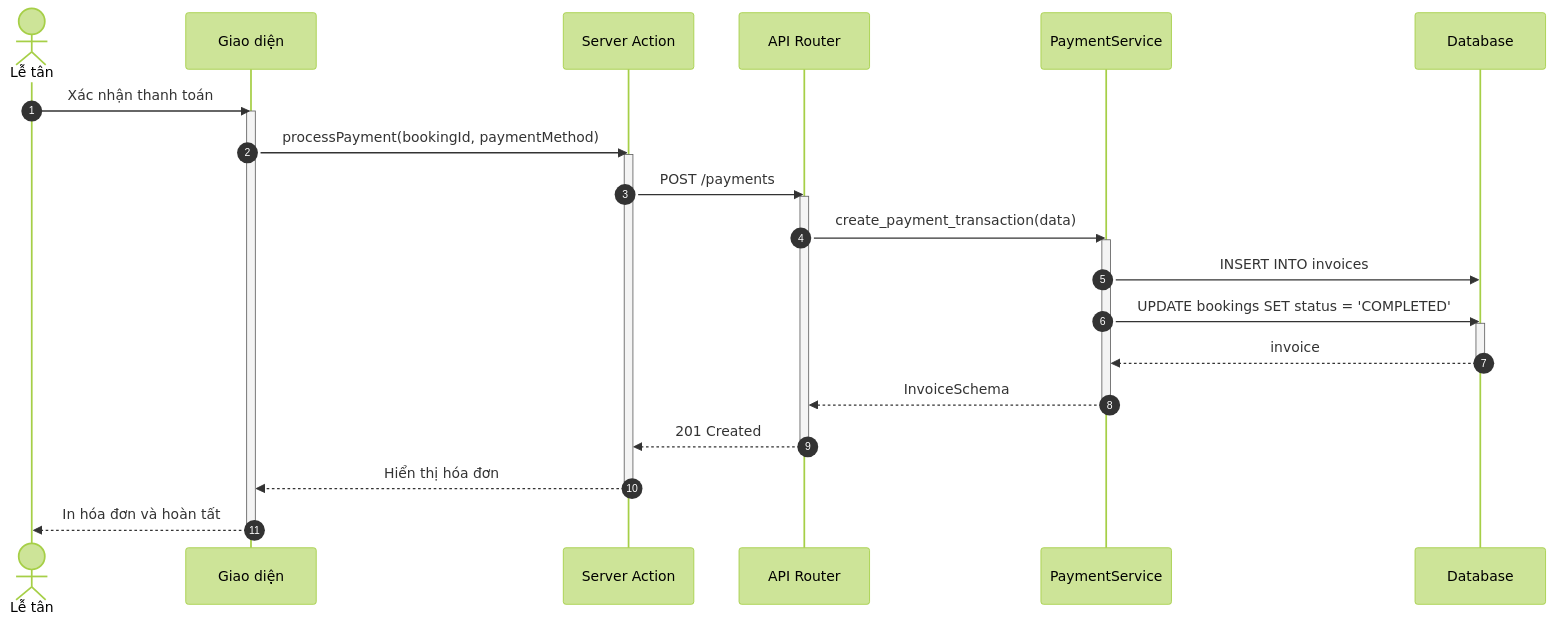
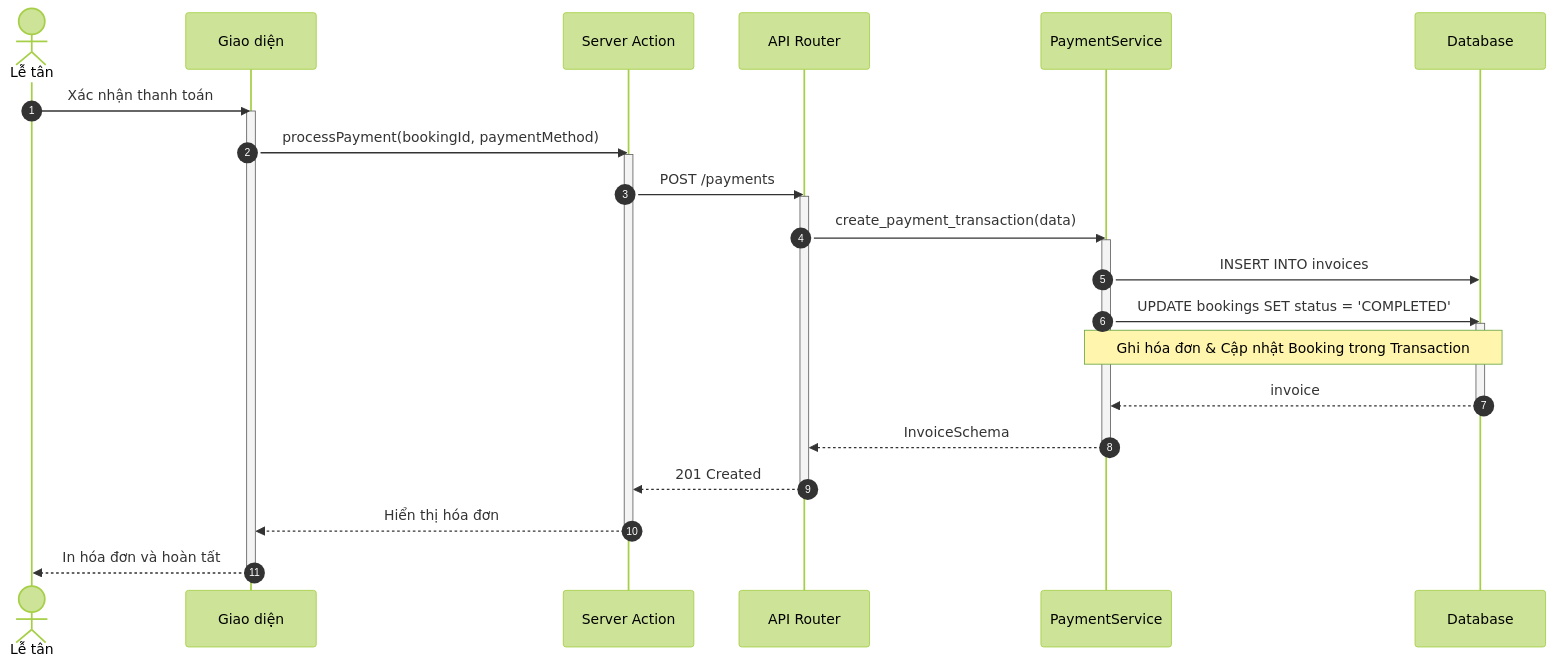
Before and after one commit to ngoctinn/Synapse: the fifth of 8 diagrams in docs/design/sequences/receptionist_flows.md, drawn with Mermaid (forest theme). The commit also changed other lines of this file and 9 other files, not shown here.

Commit message:
docs: Add initial design documentation for customer, receptionist, technician, and authentication flows, along with antigravity feature plans.

````diff
--- a/docs/design/sequences/receptionist_flows.md
+++ b/docs/design/sequences/receptionist_flows.md
@@ -253,39 +255,40 @@
 ```mermaid
 sequenceDiagram
     autonumber
     actor LT as Lễ tân
     participant UI as Giao diện
     participant BFF as Server Action
     participant API as API Router
     participant S as PaymentService
     participant DB as Database
 
     LT->>UI: Xác nhận thanh toán
     activate UI
     UI->>BFF: processPayment(bookingId, paymentMethod)
     activate BFF
 
     BFF->>API: POST /payments
     activate API
 
     API->>S: create_payment_transaction(data)
     activate S
 
     S->>DB: INSERT INTO invoices
     S->>DB: UPDATE bookings SET status = 'COMPLETED'
     activate DB
+    Note over S,DB: Ghi hóa đơn & Cập nhật Booking trong Transaction
     DB-->>S: invoice
     deactivate DB
 
     S-->>API: InvoiceSchema
     deactivate S
 
     API-->>BFF: 201 Created
     deactivate API
 
     BFF-->>UI: Hiển thị hóa đơn
     deactivate BFF
 
     UI-->>LT: In hóa đơn và hoàn tất
     deactivate UI
 ```
````
